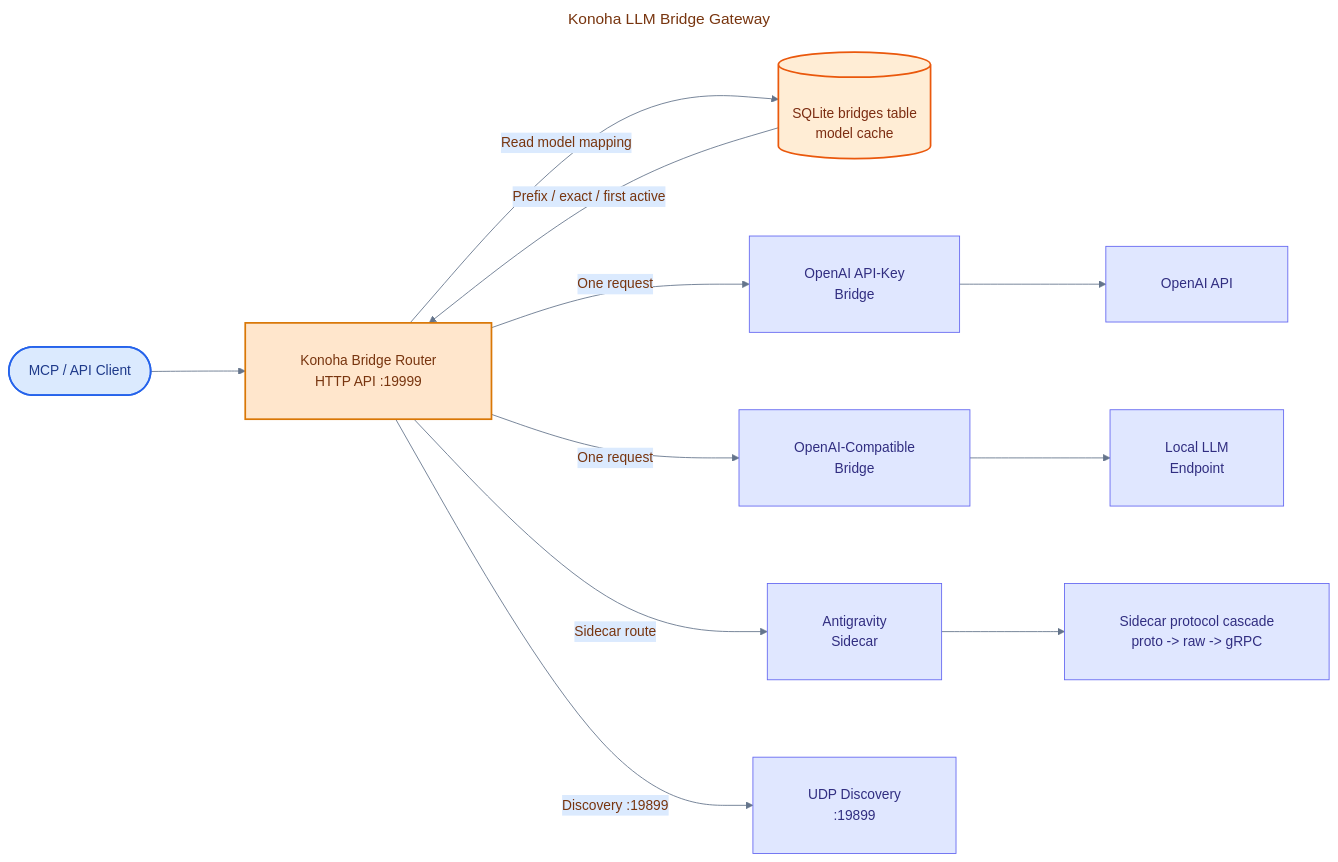
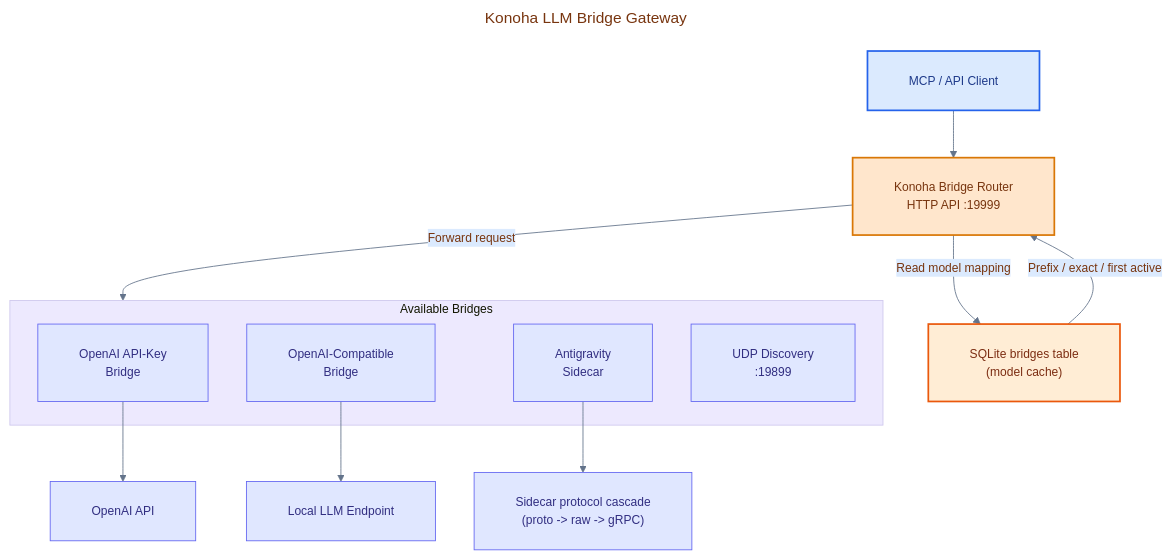
Before and after one commit to andycungkrinx91/konoha: the diagram in docs/LLM-BRIDGE-GATEWAY.md, drawn with Mermaid. The commit also changed 18 other files, not shown here.

````diff
--- a/docs/LLM-BRIDGE-GATEWAY.md
+++ b/docs/LLM-BRIDGE-GATEWAY.md
@@ -11,41 +11,47 @@
 ```mermaid
 ---
 title: Konoha LLM Bridge Gateway
 config:
   theme: base
   themeVariables:
     background: '#ffffff'
     primaryColor: '#ffe6cc'
     primaryTextColor: '#78350f'
     primaryBorderColor: '#d97706'
     lineColor: '#64748b'
     secondaryColor: '#dbeafe'
     tertiaryColor: '#ede9fe'
-    fontFamily: 'Inter, ui-sans-serif, system-ui, sans-serif'
+    fontFamily: 'Inter, system-ui, sans-serif'
+    fontSize: '14px'
   flowchart:
-    nodeSpacing: 90
-    rankSpacing: 110
-    padding: 32
-    wrappingWidth: 360
+    nodeSpacing: 45
+    rankSpacing: 55
+    padding: 24
+    wrappingWidth: 380
 ---
-flowchart LR
-    Client([MCP / API Client]) --> Gateway[Konoha Bridge Router<br/>HTTP API :19999]
-    Gateway -->|Read model mapping| Bridges[(SQLite bridges table<br/>model cache)]
+flowchart TB
+    Client["MCP / API Client"] --> Gateway["Konoha Bridge Router<br/>HTTP API :19999"]
+    Gateway -->|Read model mapping| Bridges["SQLite bridges table<br/>(model cache)"]
     Bridges -->|Prefix / exact / first active| Gateway
-    Gateway -->|One request| OpenAI[OpenAI API-Key<br/>Bridge]
-    Gateway -->|One request| Compatible[OpenAI-Compatible<br/>Bridge]
-    Gateway -->|Sidecar route| Antigravity[Antigravity<br/>Sidecar]
-    OpenAI --> OpenAIAPI[OpenAI API]
-    Compatible --> Local[Local LLM<br/>Endpoint]
-    Antigravity --> Cascade[Sidecar protocol cascade<br/>proto -> raw -> gRPC]
-    Gateway -->|Discovery :19899| Discovery[UDP Discovery<br/>:19899]
+
+    subgraph BridgesLayer ["Available Bridges"]
+        OpenAI["OpenAI API-Key<br/>Bridge"]
+        Compatible["OpenAI-Compatible<br/>Bridge"]
+        Antigravity["Antigravity<br/>Sidecar"]
+        Discovery["UDP Discovery<br/>:19899"]
+    end
+
+    Gateway -->|Forward request| BridgesLayer
+    OpenAI --> OpenAIAPI["OpenAI API"]
+    Compatible --> Local["Local LLM Endpoint"]
+    Antigravity --> Cascade["Sidecar protocol cascade<br/>(proto -> raw -> gRPC)"]
 
     classDef client fill:#dbeafe,stroke:#2563eb,color:#1e3a8a,stroke-width:2px
     classDef gateway fill:#ffe6cc,stroke:#d97706,color:#78350f,stroke-width:2px
     classDef bridge fill:#e0e7ff,stroke:#6366f1,color:#312e81
     classDef storage fill:#ffedd5,stroke:#ea580c,color:#7c2d12,stroke-width:2px
     class Client client
     class Gateway gateway
     class OpenAI,Compatible,Antigravity,OpenAIAPI,Local,Cascade,Discovery bridge
     class Bridges storage
 ```
````
